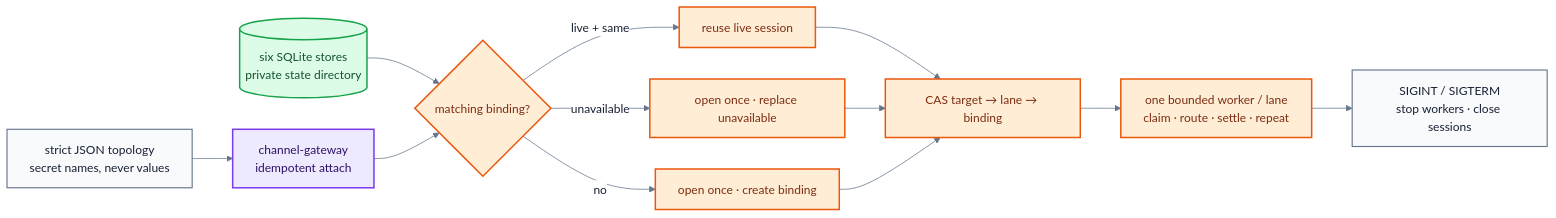
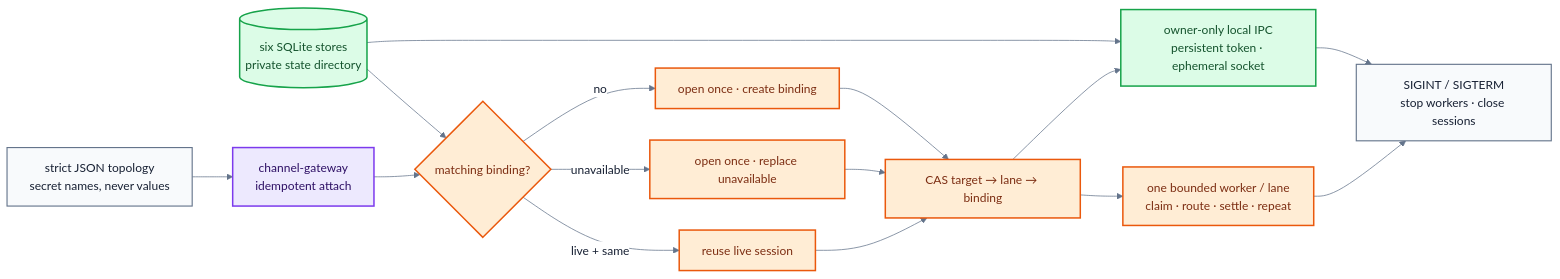
The diagram in v2/docs/runtime-startup-flow.mmd (fontanierh/crab), drawn with Mermaid before and after one commit. The commit also changed 15 other files, not shown here.

First line of the commit message:
Crab v2: expose native channels over authenticated local IPC (#211)

```diff
--- a/v2/docs/runtime-startup-flow.mmd
+++ b/v2/docs/runtime-startup-flow.mmd
@@ -1,33 +1,37 @@
 %%{init: {"theme": "base", "themeVariables": {"fontFamily": "ui-sans-serif, system-ui, sans-serif", "primaryTextColor": "#172033", "lineColor": "#64748b", "edgeLabelBackground": "#ffffff"}, "flowchart": {"curve": "basis", "nodeSpacing": 42, "rankSpacing": 54}}}%%
 flowchart LR
     CONFIG["strict JSON topology<br/>secret names, never values"]
     STATE[("six SQLite stores<br/>private state directory")]
+    IPC["owner-only local IPC<br/>persistent token · ephemeral socket"]
     ATTACH["channel-gateway<br/>idempotent attach"]
     RECOVER{"matching binding?"}
     REUSE["reuse live session"]
     REBIND["open once · replace unavailable"]
     BIND["open once · create binding"]
     ROUTE["CAS target → lane → binding"]
     WORKER["one bounded worker / lane<br/>claim · route · settle · repeat"]
     SIGNAL["SIGINT / SIGTERM<br/>stop workers · close sessions"]
 
     CONFIG --> ATTACH
     STATE --> RECOVER
     ATTACH --> RECOVER
     RECOVER -->|"live + same"| REUSE
     RECOVER -->|"unavailable"| REBIND
     RECOVER -->|"no"| BIND
     REUSE --> ROUTE
     REBIND --> ROUTE
     BIND --> ROUTE
     ROUTE --> WORKER
+    STATE --> IPC
+    ROUTE --> IPC
     WORKER --> SIGNAL
+    IPC --> SIGNAL
 
     classDef config fill:#f8fafc,stroke:#64748b,stroke-width:1.5px,color:#172033;
     classDef durable fill:#dcfce7,stroke:#16a34a,stroke-width:2px,color:#14532d;
     classDef agent fill:#ede9fe,stroke:#7c3aed,stroke-width:2px,color:#2e1065;
     classDef runtime fill:#ffedd5,stroke:#ea580c,stroke-width:2px,color:#7c2d12;
     class CONFIG,SIGNAL config;
-    class STATE durable;
+    class STATE,IPC durable;
     class ATTACH agent;
     class RECOVER,REUSE,REBIND,BIND,ROUTE,WORKER runtime;
```
